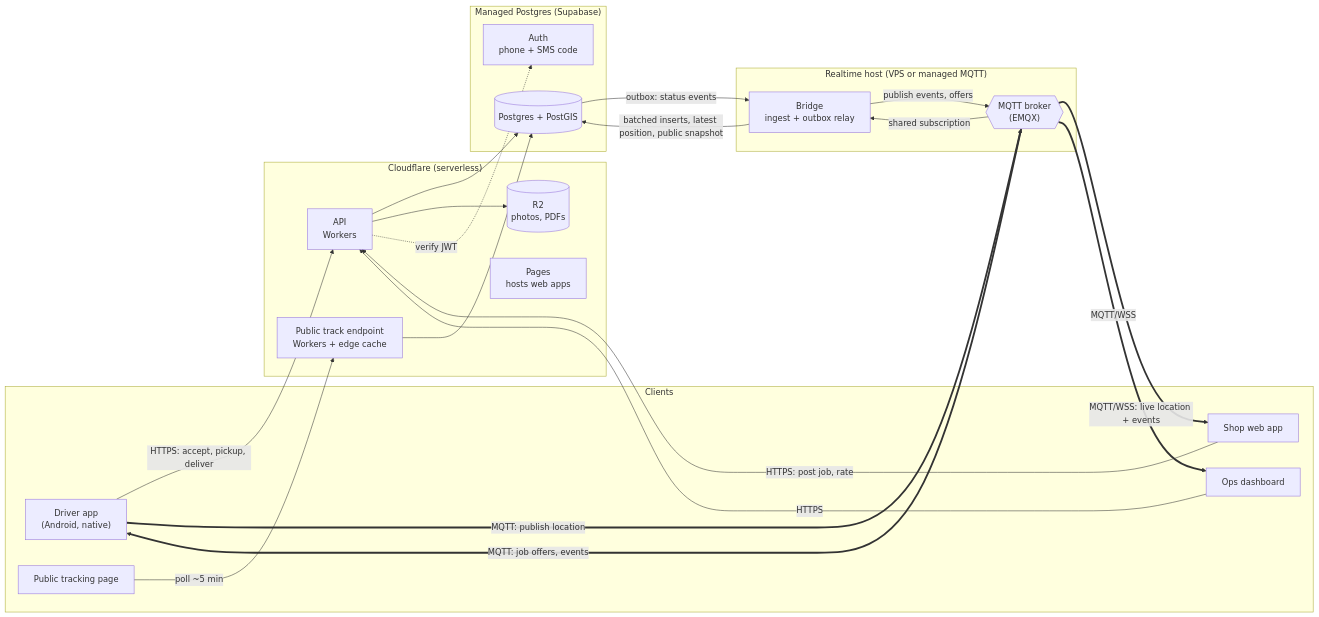
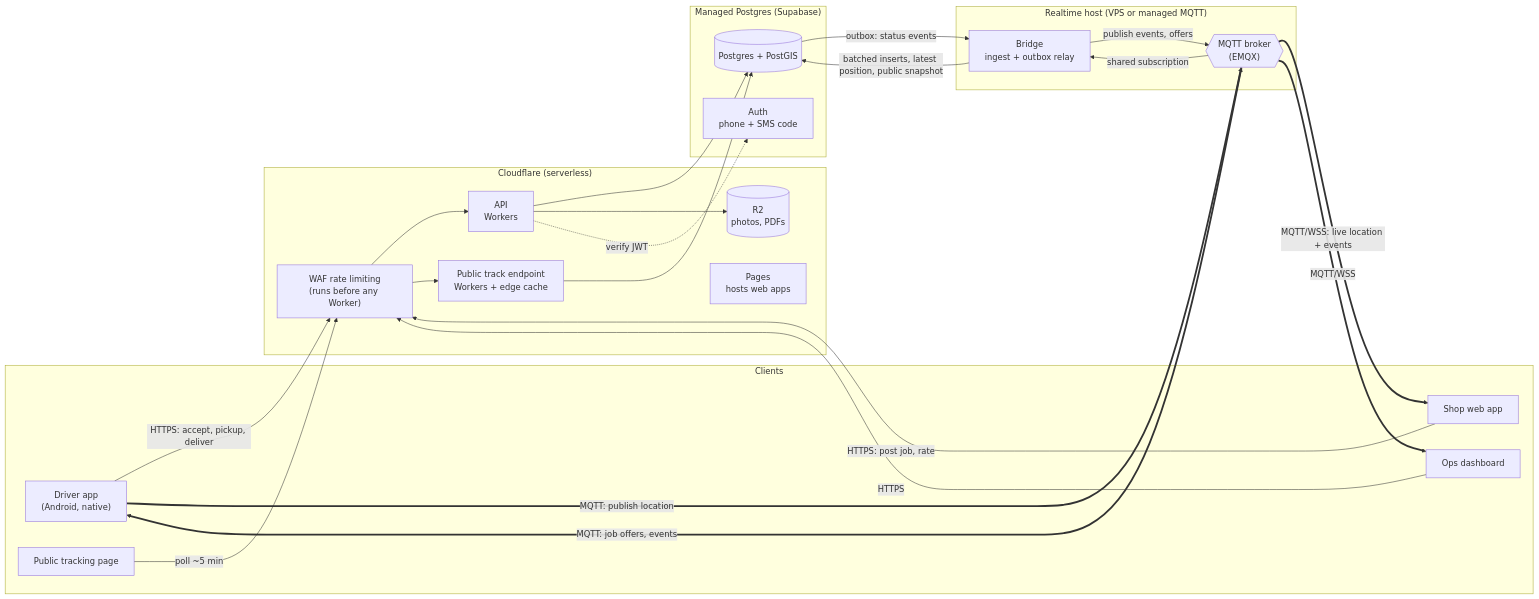
Before and after one commit to Deep-Jiwan/adgone-mzigoFasta: the first of 3 diagrams in docs/ARCHITECTURE.md, drawn with Mermaid. The commit also changed other lines of this file and 2 other files, not shown here.

````diff
--- a/docs/ARCHITECTURE.md
+++ b/docs/ARCHITECTURE.md
@@ -58,46 +58,49 @@
 ```mermaid
 flowchart LR
     subgraph Clients
         DA["Driver app<br/>(Android, native)"]
         SA["Shop web app"]
         OA["Ops dashboard"]
         TP["Public tracking page"]
     end
 
     subgraph Edge["Cloudflare (serverless)"]
+        WAF["WAF rate limiting<br/>(runs before any Worker)"]
         API["API<br/>Workers"]
         PUB["Public track endpoint<br/>Workers + edge cache"]
         R2[("R2<br/>photos, PDFs")]
         PAGES["Pages<br/>hosts web apps"]
     end
 
     subgraph Data["Managed Postgres (Supabase)"]
         PG[("Postgres + PostGIS")]
         AUTH["Auth<br/>phone + SMS code"]
     end
 
     subgraph RT["Realtime host (VPS or managed MQTT)"]
         MQ{{"MQTT broker<br/>(EMQX)"}}
         BR["Bridge<br/>ingest + outbox relay"]
     end
 
-    DA -- "HTTPS: accept, pickup, deliver" --> API
-    SA -- "HTTPS: post job, rate" --> API
-    OA -- HTTPS --> API
+    DA -- "HTTPS: accept, pickup, deliver" --> WAF
+    SA -- "HTTPS: post job, rate" --> WAF
+    OA -- HTTPS --> WAF
+    WAF --> API
     API --> PG
     API --> R2
     API -. "verify JWT" .-> AUTH
 
     DA == "MQTT: publish location" ==> MQ
     MQ == "MQTT/WSS: live location + events" ==> SA
     MQ == "MQTT/WSS" ==> OA
     MQ == "MQTT: job offers, events" ==> DA
 
     MQ -- "shared subscription" --> BR
     BR -- "batched inserts, latest position, public snapshot" --> PG
     PG -- "outbox: status events" --> BR
     BR -- "publish events, offers" --> MQ
 
-    TP -- "poll ~5 min" --> PUB
+    TP -- "poll ~5 min" --> WAF
+    WAF --> PUB
     PUB --> PG
 ```
````
